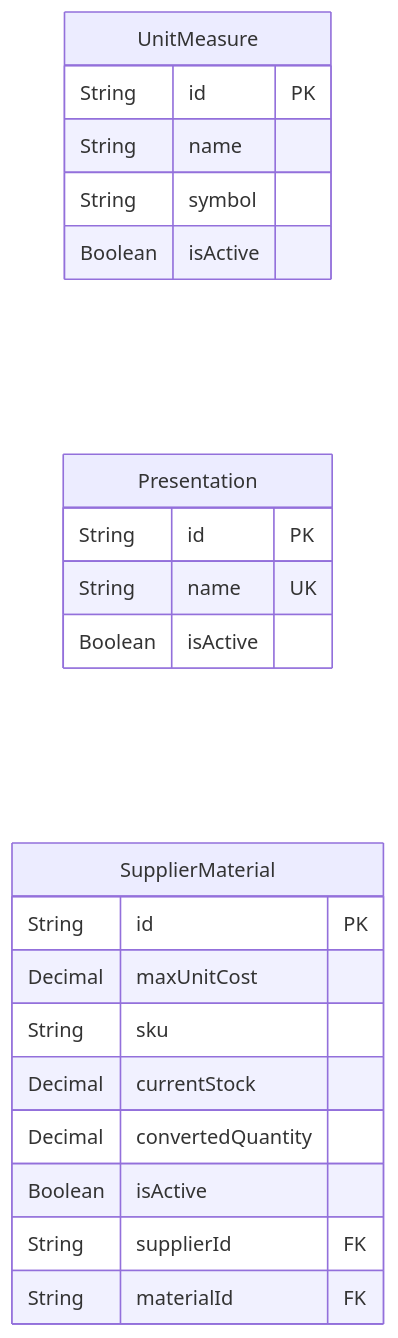
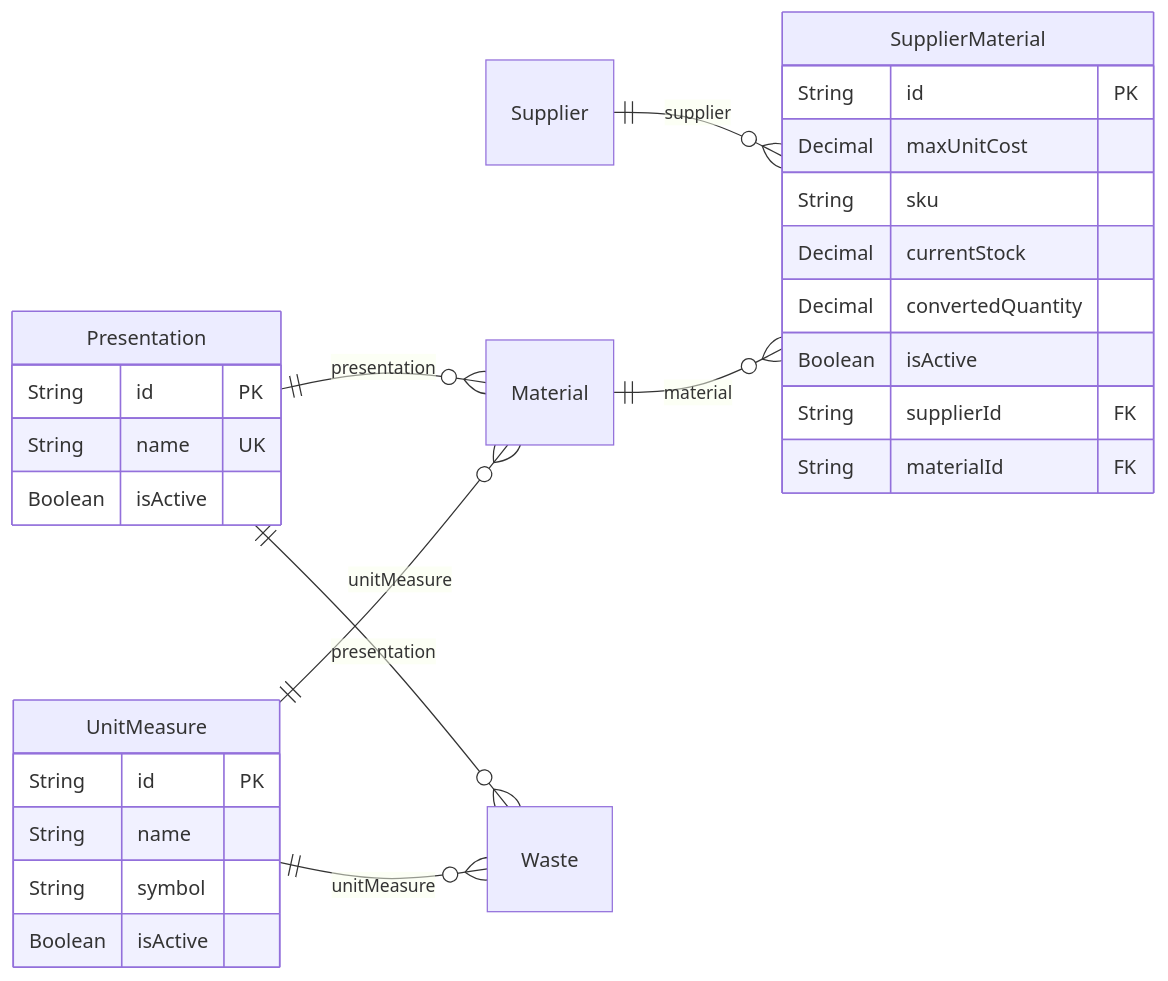
One commit to gpgsistemas01/nexus changed the sixth of 26 diagrams in docs/architecture/views/logical/data-and-persistence/generated/database-schema.md. Above: the diagram before and after it, drawn with Mermaid. The commit also changed other lines of this file and 3 other files, not shown here.

Commit message:
docs: corregir relaciones del ER y retirar capturas pendientes

````diff
--- a/docs/architecture/views/logical/data-and-persistence/generated/database-schema.md
+++ b/docs/architecture/views/logical/data-and-persistence/generated/database-schema.md
@@ -149,26 +213,31 @@
 ```mermaid
 erDiagram
     direction LR
     UnitMeasure {
         String id PK
         String name
         String symbol
         Boolean isActive
     }
     Presentation {
         String id PK
         String name UK
         Boolean isActive
     }
     SupplierMaterial {
         String id PK
         Decimal maxUnitCost
         String sku
         Decimal currentStock
         Decimal convertedQuantity
         Boolean isActive
         String supplierId FK
         String materialId FK
     }
-
+    Presentation ||--o{ Material : "presentation"
+    UnitMeasure ||--o{ Material : "unitMeasure"
+    Supplier ||--o{ SupplierMaterial : "supplier"
+    Material ||--o{ SupplierMaterial : "material"
+    Presentation ||--o{ Waste : "presentation"
+    UnitMeasure ||--o{ Waste : "unitMeasure"
 ```
````
